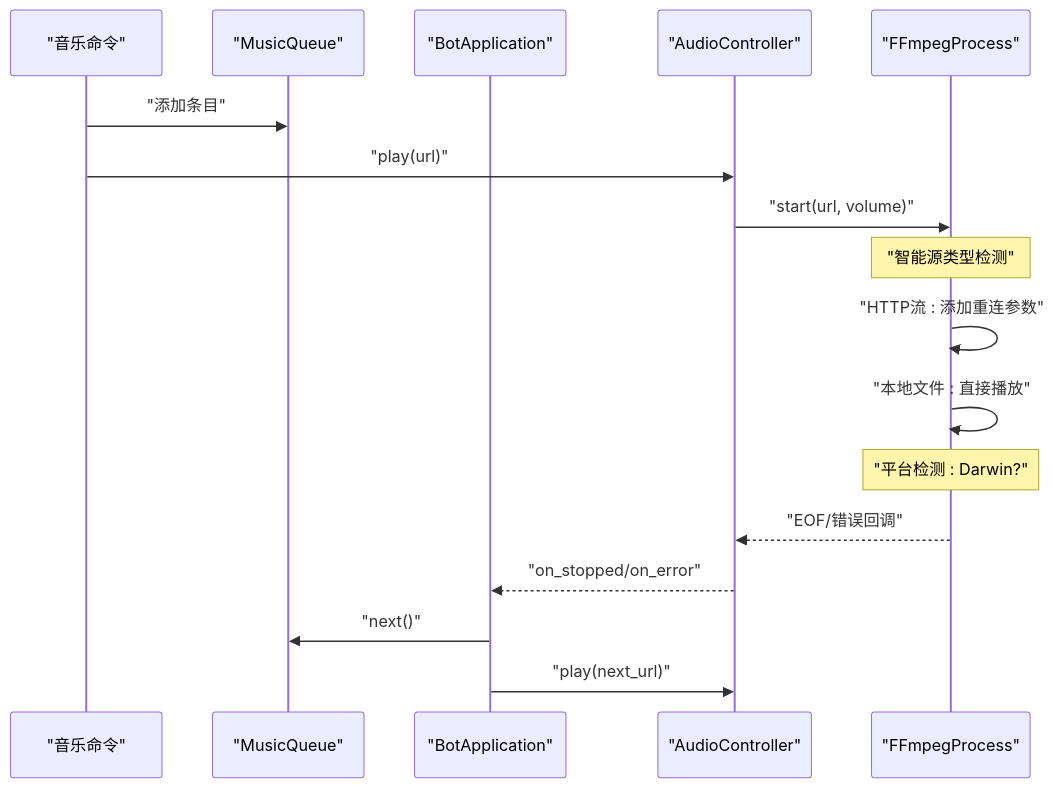
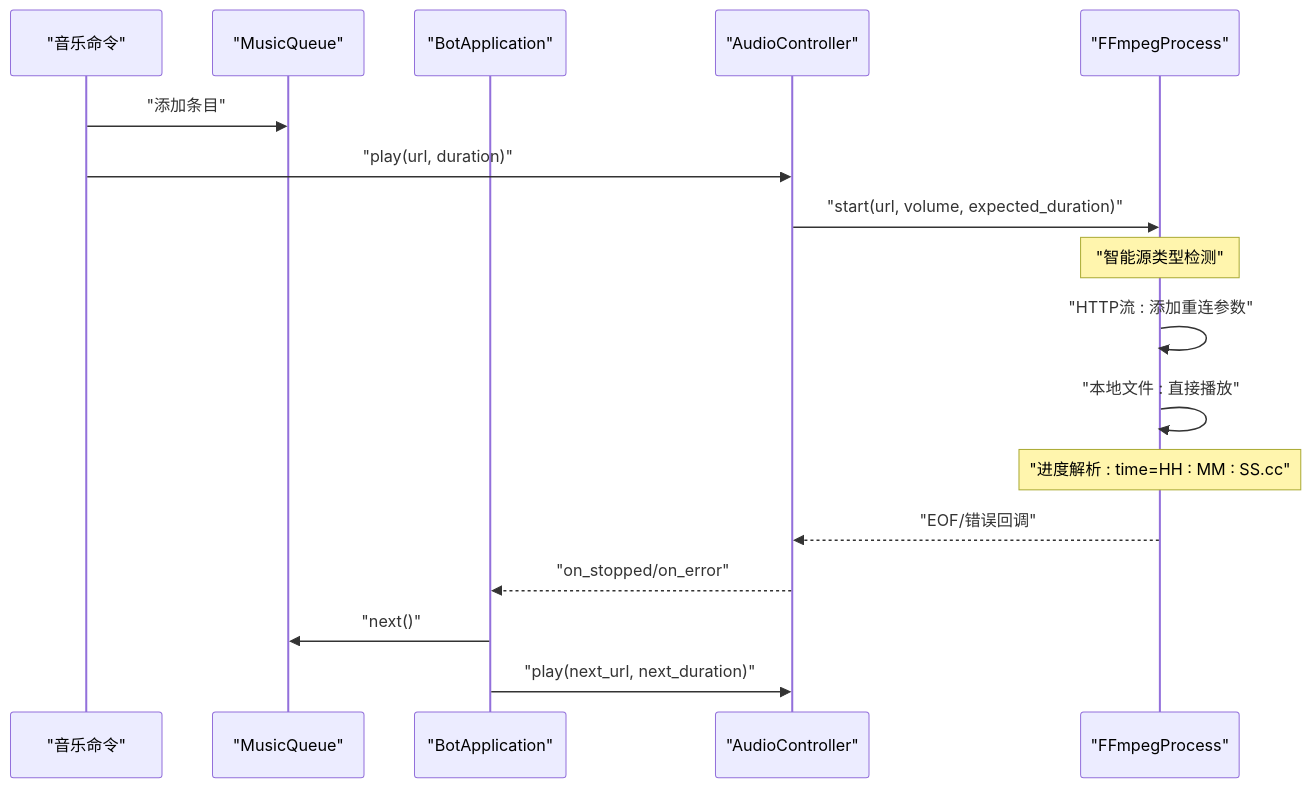
The sixth of 7 diagrams in .qoder/repowiki/zh/content/音乐播放系统/FFmpeg集成.md (GhoulOwl/Teamspeak3_Bot), drawn with Mermaid before and after one commit. The commit also changed other lines of this file and 7 other files, not shown here.

````diff
--- a/.qoder/repowiki/zh/content/音乐播放系统/FFmpeg集成.md
+++ b/.qoder/repowiki/zh/content/音乐播放系统/FFmpeg集成.md
@@ -311,19 +322,19 @@
 ```mermaid
 sequenceDiagram
 participant CMD as "音乐命令"
 participant MQ as "MusicQueue"
 participant APP as "BotApplication"
 participant AC as "AudioController"
 participant FF as "FFmpegProcess"
 CMD->>MQ : "添加条目"
-CMD->>AC : "play(url)"
-AC->>FF : "start(url, volume)"
+CMD->>AC : "play(url, duration)"
+AC->>FF : "start(url, volume, expected_duration)"
 Note over FF : "智能源类型检测"
 FF->>FF : "HTTP流 : 添加重连参数"
 FF->>FF : "本地文件 : 直接播放"
-Note over FF : "平台检测 : Darwin?"
+Note over FF : "进度解析 : time=HH : MM : SS.cc"
 FF-->>AC : "EOF/错误回调"
 AC-->>APP : "on_stopped/on_error"
 APP->>MQ : "next()"
-APP->>AC : "play(next_url)"
+APP->>AC : "play(next_url, next_duration)"
 ```
````
